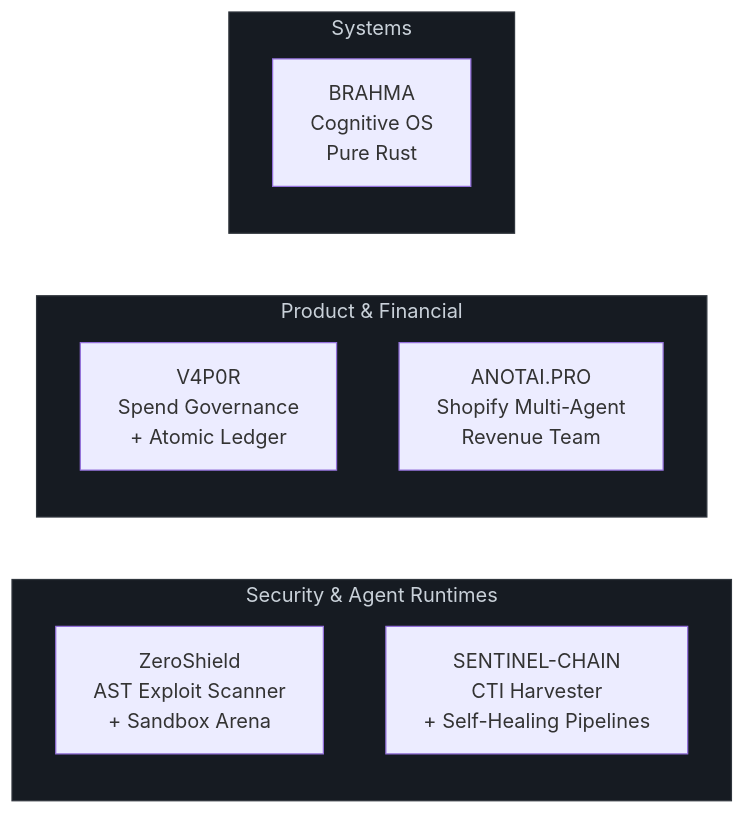
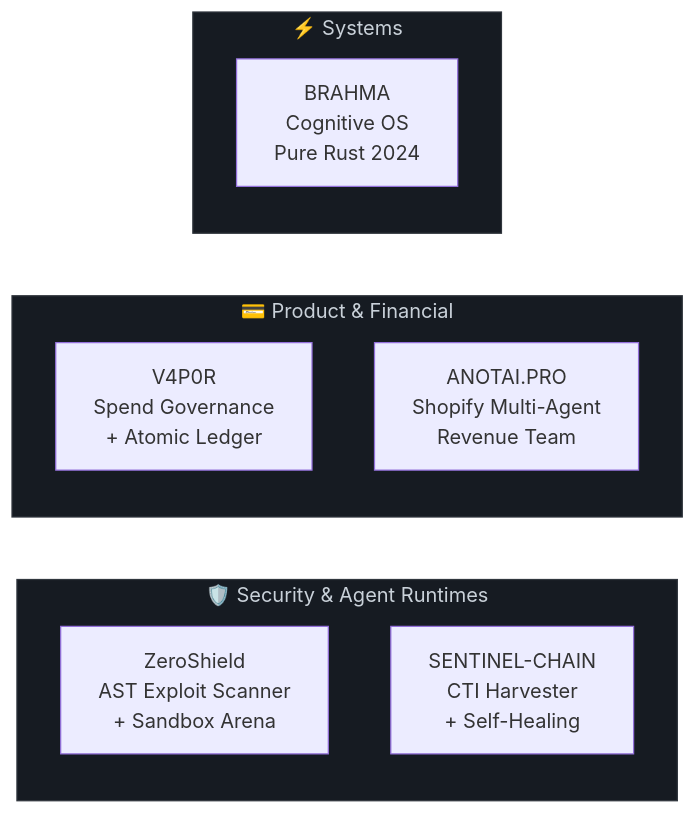
One commit to priyanshupk2022-arch/priyanshupk2022-arch changed the diagram in README.md. Above: the diagram before and after it, drawn with Mermaid. The commit also changed other lines of this file, not shown here.

Commit message:
feat(profile): GPRM-style alive redesign — capsule-render waves, typing SVG, skill-icons, stats, trophies, activity graph, project cards with test badges

````diff
--- a/README.md
+++ b/README.md
@@ -36,20 +93,20 @@
 ```mermaid
 graph LR
-    subgraph sec ["Security & Agent Runtimes"]
+    subgraph sec ["🛡️ Security & Agent Runtimes"]
         ZS["ZeroShield\nAST Exploit Scanner\n+ Sandbox Arena"]
-        SC["SENTINEL-CHAIN\nCTI Harvester\n+ Self-Healing Pipelines"]
+        SC["SENTINEL-CHAIN\nCTI Harvester\n+ Self-Healing"]
     end
 
-    subgraph prod ["Product & Financial"]
+    subgraph prod ["💳 Product & Financial"]
         VP["V4P0R\nSpend Governance\n+ Atomic Ledger"]
         AN["ANOTAI.PRO\nShopify Multi-Agent\nRevenue Team"]
     end
 
-    subgraph sys ["Systems"]
-        BR["BRAHMA\nCognitive OS\nPure Rust"]
+    subgraph sys ["⚡ Systems"]
+        BR["BRAHMA\nCognitive OS\nPure Rust 2024"]
     end
 
     style sec fill:#161b22,stroke:#30363d,color:#c9d1d9
     style prod fill:#161b22,stroke:#30363d,color:#c9d1d9
     style sys fill:#161b22,stroke:#30363d,color:#c9d1d9
 ```
````
